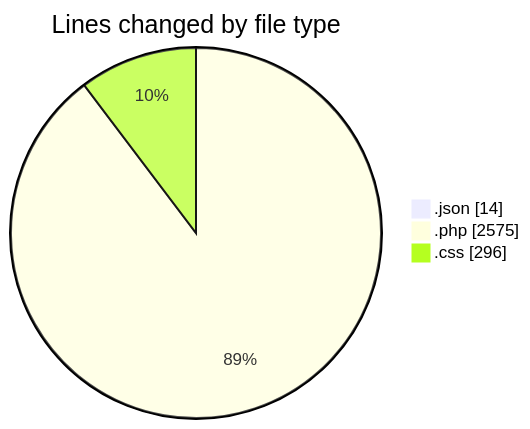
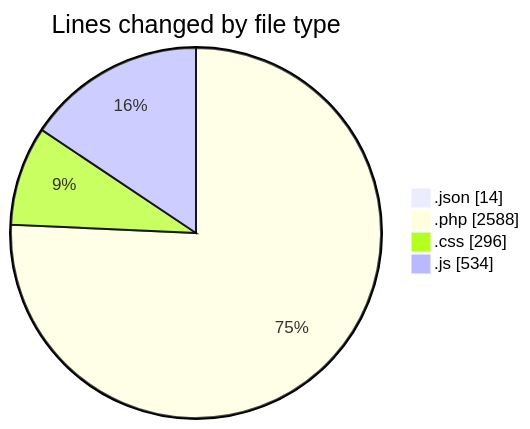
One commit to debugP/code-tracking changed the first of 2 diagrams in 2026-07-31/untitled__workspace_/README.md. Above: the diagram before and after it, drawn with Mermaid. The commit also changed other lines of this file and 1 other file, not shown here.

````diff
--- a/2026-07-31/untitled__workspace_/README.md
+++ b/2026-07-31/untitled__workspace_/README.md
@@ -23,7 +24,8 @@
 ```mermaid
 pie showData
 title Lines changed by file type
 ".json" : 14
-".php" : 2575
+".php" : 2588
 ".css" : 296
+".js" : 534
 ```
````
